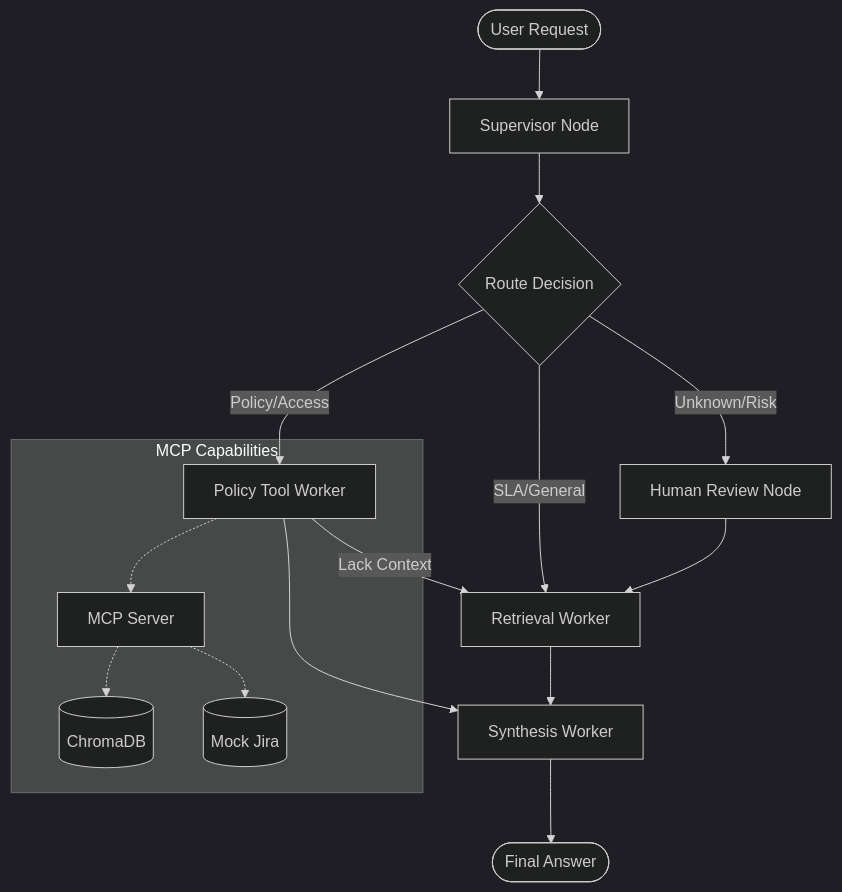
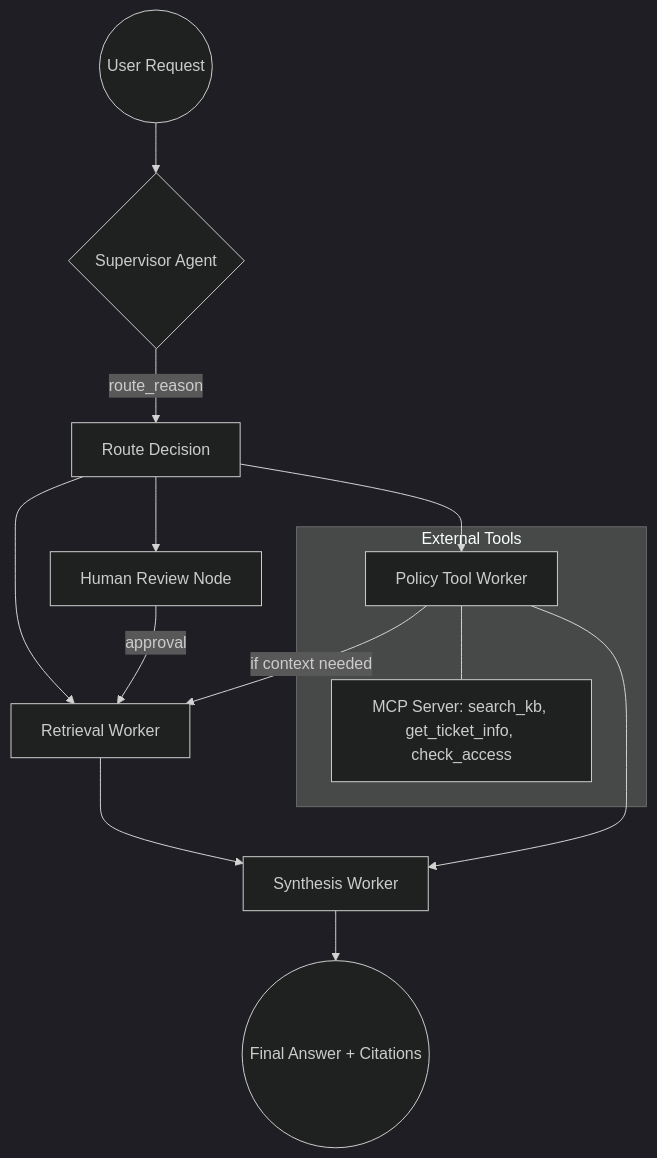
One commit to dunglk85/VinAI_Lab_day09_nhom04_403 changed the diagram in docs/system_architecture.md. Above: the diagram before and after it, drawn with Mermaid (dark theme). The commit also changed other lines of this file and 91 other files, not shown here.

````diff
--- a/docs/system_architecture.md
+++ b/docs/system_architecture.md
@@ -56,20 +23,22 @@
 ```mermaid
 graph TD
-    User([User Request]) --> Sup[Supervisor Node]
-    Sup --> Choice{Route Decision}
-    Choice -->|SLA/General| RW[Retrieval Worker]
-    Choice -->|Policy/Access| PW[Policy Tool Worker]
-    Choice -->|Unknown/Risk| HR[Human Review Node]
+    Input((User Request)) --> Supervisor{Supervisor Agent}
     
-    PW -->|Lack Context| RW
-    HR --> RW
+    Supervisor -- route_reason --> Decision[Route Decision]
+    
+    Decision --> RW[Retrieval Worker]
+    Decision --> PTW[Policy Tool Worker]
+    Decision --> HR[Human Review Node]
+    
+    HR -- approval --> RW
+    PTW -- if context needed --> RW
+    
     RW --> SW[Synthesis Worker]
-    PW --> SW
-    SW --> Output([Final Answer])
-
-    subgraph "MCP Capabilities"
-        PW -.-> MCP[MCP Server]
-        MCP -.-> KB[(ChromaDB)]
-        MCP -.-> Jira[(Mock Jira)]
+    PTW --> SW
+    
+    SW --> Output((Final Answer + Citations))
+    
+    subgraph "External Tools"
+        PTW --- MCP[MCP Server: search_kb, get_ticket_info, check_access]
     end
 ```
````
